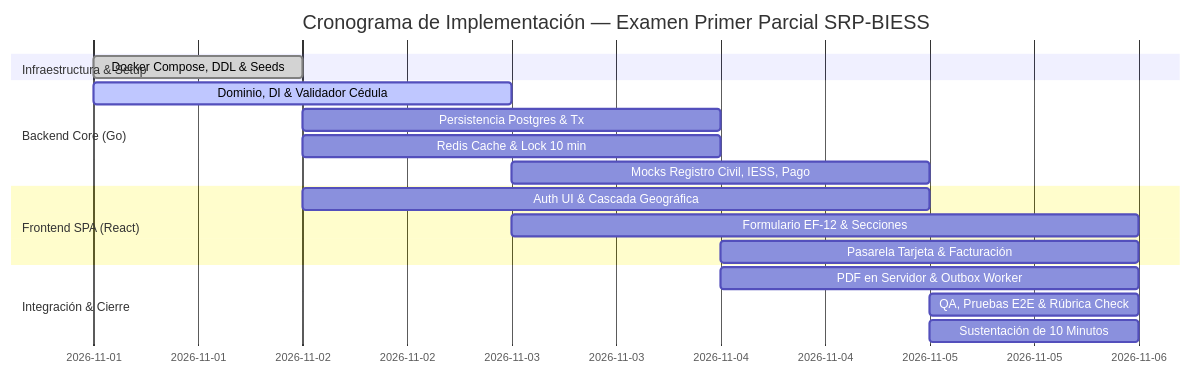
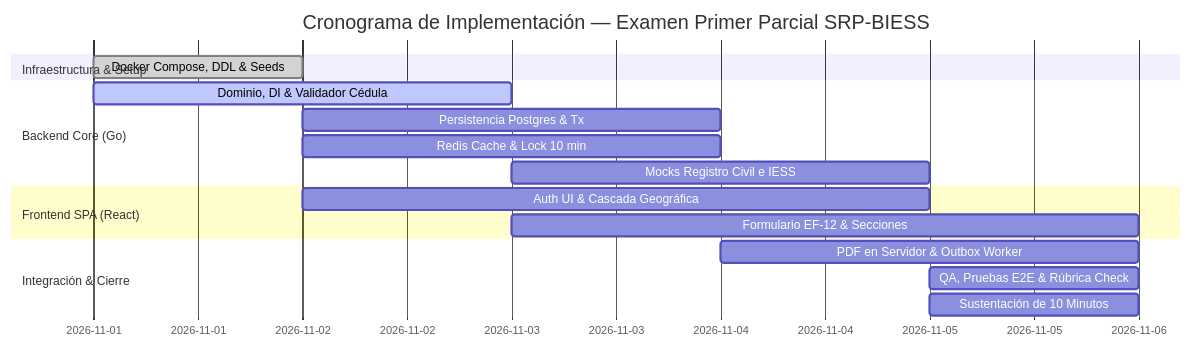
One commit to angelcontres/srp-biess changed the second of 2 diagrams in docs/PLANNING.md. Above: the diagram before and after it, drawn with Mermaid. The commit also changed other lines of this file, not shown here.

````diff
--- a/docs/PLANNING.md
+++ b/docs/PLANNING.md
@@ -141,20 +135,19 @@
 ```mermaid
 gantt
     title Cronograma de Implementación — Examen Primer Parcial SRP-BIESS
     dateFormat  YYYY-MM-DD
     section Infraestructura & Setup
     Docker Compose, DDL & Seeds     :done,    des1, 2026-11-01, 1d
     section Backend Core (Go)
     Dominio, DI & Validador Cédula  :active,  des2, 2026-11-01, 2d
     Persistencia Postgres & Tx      :         des3, 2026-11-02, 2d
     Redis Cache & Lock 10 min       :         des4, 2026-11-02, 2d
-    Mocks Registro Civil, IESS, Pago:         des5, 2026-11-03, 2d
+    Mocks Registro Civil e IESS     :         des5, 2026-11-03, 2d
     section Frontend SPA (React)
     Auth UI & Cascada Geográfica    :         des6, 2026-11-02, 3d
     Formulario EF-12 & Secciones    :         des7, 2026-11-03, 3d
-    Pasarela Tarjeta & Facturación  :         des8, 2026-11-04, 2d
     section Integración & Cierre
     PDF en Servidor & Outbox Worker :         des9, 2026-11-04, 2d
     QA, Pruebas E2E & Rúbrica Check :        des10, 2026-11-05, 1d
     Sustentación de 10 Minutos      :        des11, 2026-11-05, 1d
 ```
````
